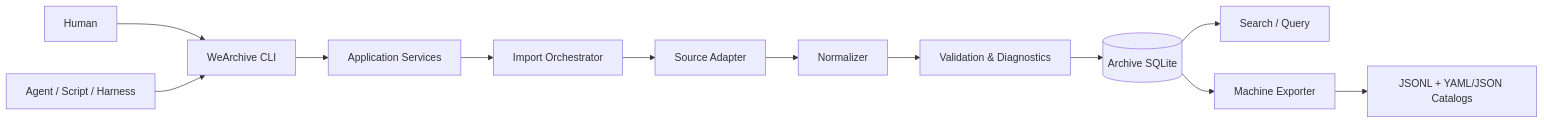
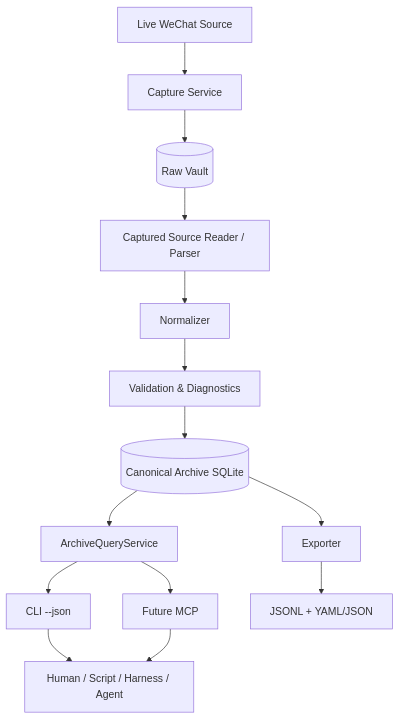
One commit to lybym/WeArchive changed the diagram in docs/ARCHITECTURE.md. Above: the diagram before and after it, drawn with Mermaid. The commit also changed other lines of this file and 6 other files, not shown here.

First line of the commit message:
docs: introduce raw vault and archive query architecture

````diff
--- a/docs/ARCHITECTURE.md
+++ b/docs/ARCHITECTURE.md
@@ -22,27 +30,30 @@
 ```mermaid
-flowchart LR
-    H[Human]
-    G[Agent / Script / Harness]
-    CLI[WeArchive CLI]
-    C[Application Services]
-    O[Import Orchestrator]
-    A[Source Adapter]
+flowchart TB
+    W[Live WeChat Source]
+    CAP[Capture Service]
+    RV[(Raw Vault)]
+    R[Captured Source Reader / Parser]
     N[Normalizer]
     V[Validation & Diagnostics]
-    S[(Archive SQLite)]
-    Q[Search / Query]
-    E[Machine Exporter]
-    X[JSONL + YAML/JSON Catalogs]
+    A[(Canonical Archive SQLite)]
+    Q[ArchiveQueryService]
+    CLI[CLI --json]
+    MCP[Future MCP]
+    H[Human / Script / Harness / Agent]
+    E[Exporter]
+    X[JSONL + YAML/JSON]
 
-    H --> CLI
-    G --> CLI
-    CLI --> C
-    C --> O
-    O --> A
-    A --> N
+    W --> CAP
+    CAP --> RV
+    RV --> R
+    R --> N
     N --> V
-    V --> S
-    S --> Q
-    S --> E
+    V --> A
+    A --> Q
+    Q --> CLI
+    Q --> MCP
+    CLI --> H
+    MCP --> H
+    A --> E
     E --> X
 ```
````
